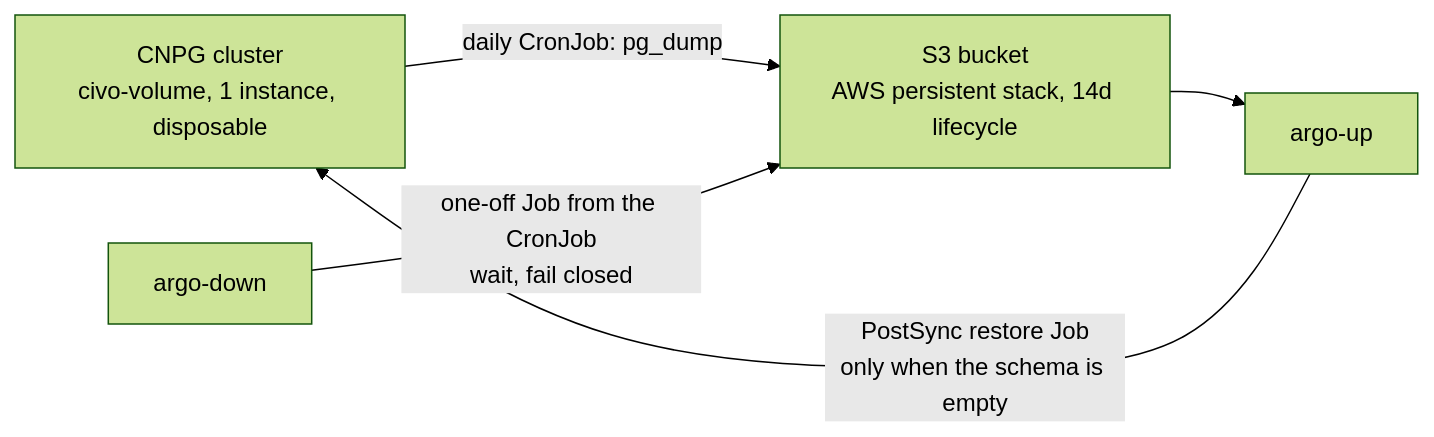
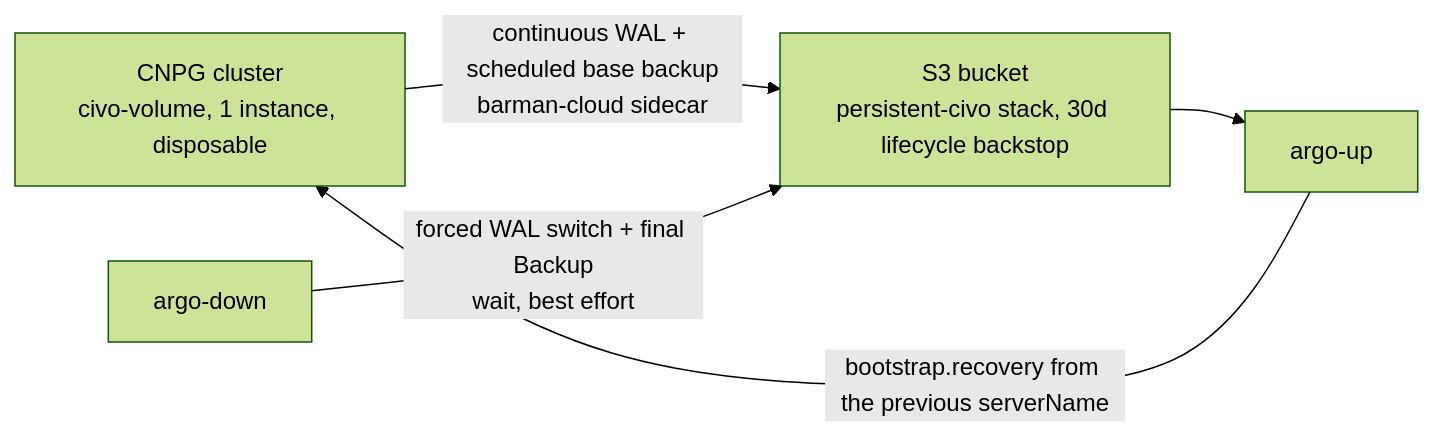
Before and after one commit to savak1990/vk-lab-platform: the third of 3 diagrams in docs/civo-high-level-design.md, drawn with Mermaid (forest theme). The commit also changed other lines of this file and 18 other files, not shown here.

````diff
--- a/docs/civo-high-level-design.md
+++ b/docs/civo-high-level-design.md
@@ -90,7 +91,7 @@
 ```mermaid
 flowchart LR
-  PG[CNPG cluster<br/>civo-volume, 1 instance, disposable] -->|daily CronJob: pg_dump| S3[S3 bucket<br/>AWS persistent stack, 14d lifecycle]
-  AD[argo-down] -->|one-off Job from the CronJob<br/>wait, fail closed| S3
-  AU[argo-up] -->|PostSync restore Job<br/>only when the schema is empty| PG
+  PG[CNPG cluster<br/>civo-volume, 1 instance, disposable] -->|continuous WAL + scheduled base backup<br/>barman-cloud sidecar| S3[S3 bucket<br/>persistent-civo stack, 30d lifecycle backstop]
+  AD[argo-down] -->|forced WAL switch + final Backup<br/>wait, best effort| S3
+  AU[argo-up] -->|bootstrap.recovery from the previous serverName| PG
   S3 --> AU
 ```
````
